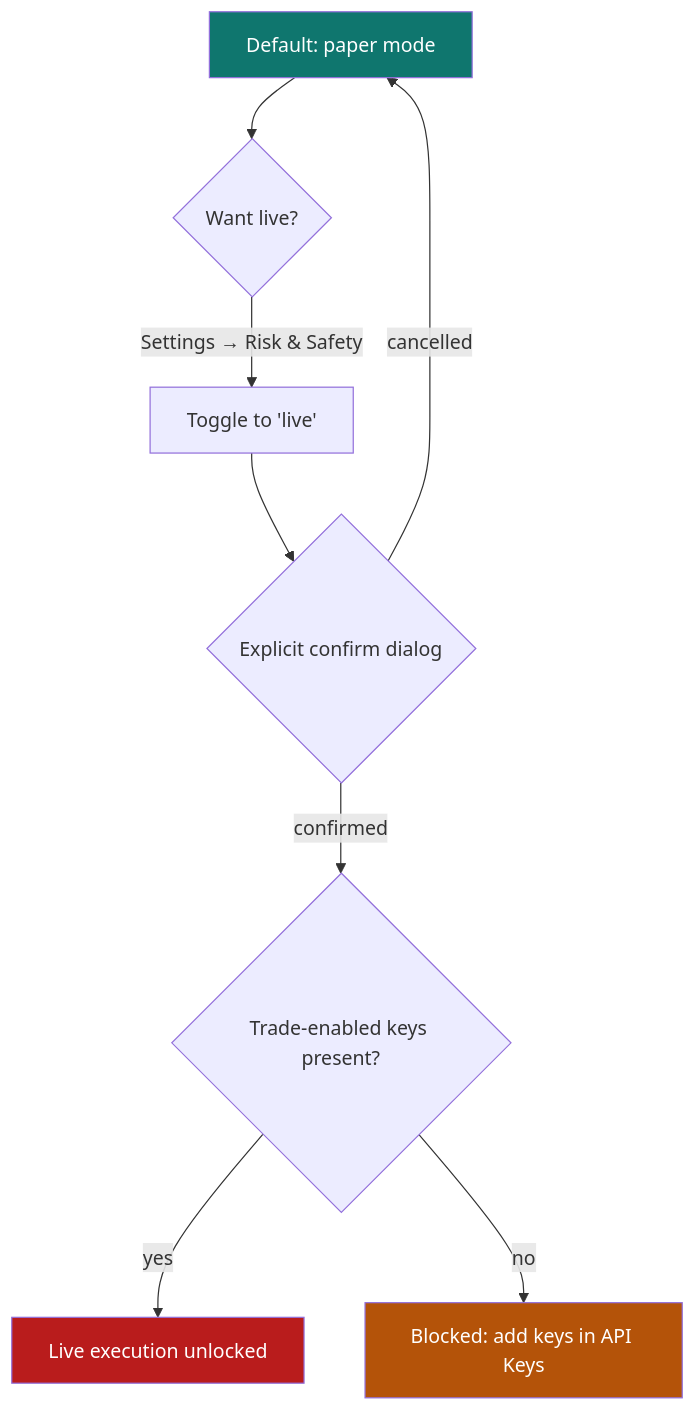
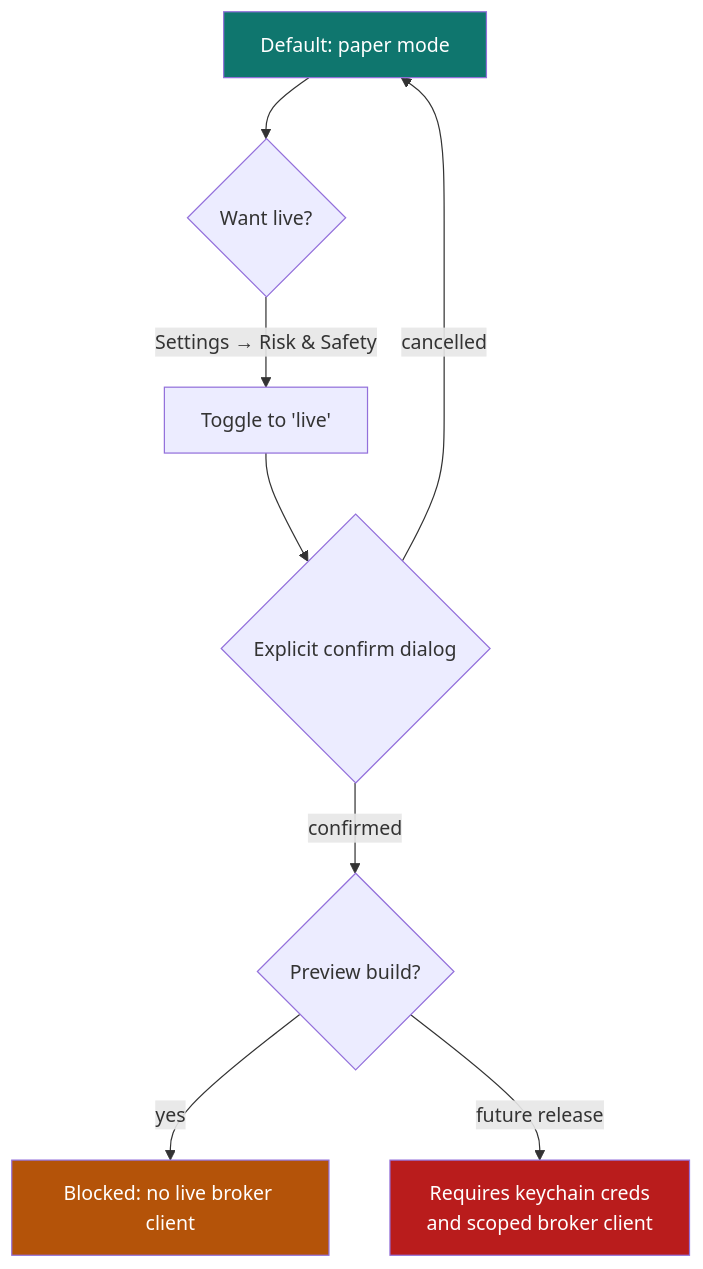
One commit to quantglass-labs/quantglass changed the diagram in docs/user-guide/12-paper-trading.md. Above: the diagram before and after it, drawn with Mermaid. The commit also changed other lines of this file and 13 other files, not shown here.

````diff
--- a/docs/user-guide/12-paper-trading.md
+++ b/docs/user-guide/12-paper-trading.md
@@ -30,13 +34,13 @@
 ```mermaid
 flowchart TB
     A[Default: paper mode] --> B{Want live?}
     B -->|Settings → Risk & Safety| C[Toggle to 'live']
     C --> D{Explicit confirm dialog}
-    D -->|confirmed| E{Trade-enabled keys present?}
-    E -->|yes| F[Live execution unlocked]
-    E -->|no| G[Blocked: add keys in API Keys]
+    D -->|confirmed| E{Preview build?}
+    E -->|yes| G[Blocked: no live broker client]
+    E -->|future release| F[Requires keychain creds<br/>and scoped broker client]
     D -->|cancelled| A
     style A fill:#0f766e,color:#fff
     style F fill:#b91c1c,color:#fff
     style G fill:#b45309,color:#fff
 ```
````
